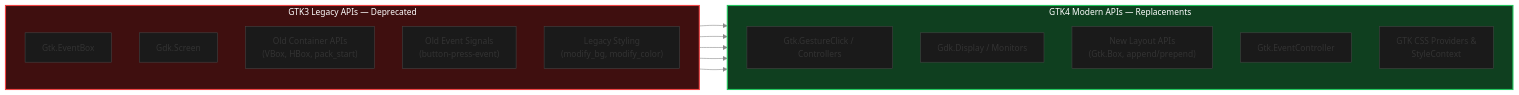
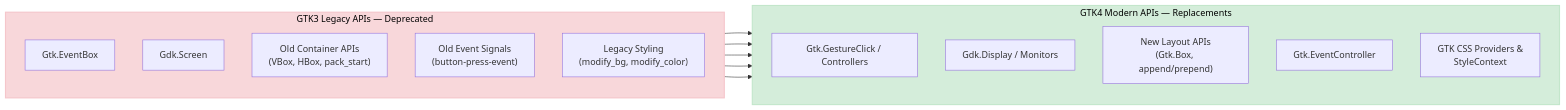
The third of 9 diagrams in proposal.md (Dev10-sys/sugar-proposal-gtk), drawn with Mermaid before and after one commit. The commit also changed other lines of this file, not shown here.

Commit message:
Convert diagrams to crisp light theme based on reference photos

````diff
--- a/proposal.md
+++ b/proposal.md
@@ -247,30 +245,29 @@
 ```mermaid
-%%{init: {'theme': 'base', 'themeVariables': {'background': '#0a0a0a', 'primaryColor': '#1a1a1a', 'primaryBorderColor': '#444444', 'lineColor': '#888888', 'textColor': '#ffffff', 'fontSize': '15px'}}}%%
 flowchart LR
     subgraph Legacy ["GTK3 Legacy APIs — Deprecated"]
         direction TB
         EventBox["Gtk.EventBox"]
         GdkScreen["Gdk.Screen"]
         ContainerAPI["Old Container APIs\n(VBox, HBox, pack_start)"]
         OldSignals["Old Event Signals\n(button-press-event)"]
         ModifyBG["Legacy Styling\n(modify_bg, modify_color)"]
     end
 
     subgraph Modern ["GTK4 Modern APIs — Replacements"]
         direction TB
         GestureController["Gtk.GestureClick / Controllers"]
         GdkDisplay["Gdk.Display / Monitors"]
         NewLayoutAPI["New Layout APIs\n(Gtk.Box, append/prepend)"]
         EventControllers["Gtk.EventController"]
         CSSStyling["GTK CSS Providers &\nStyleContext"]
     end
 
     EventBox --> GestureController
     GdkScreen --> GdkDisplay
     ContainerAPI --> NewLayoutAPI
     OldSignals --> EventControllers
     ModifyBG --> CSSStyling
 
-    style Legacy fill:#3f0f0f,stroke:#ef4444,stroke-width:2px,color:#ffffff
-    style Modern fill:#0f3f1f,stroke:#22c55e,stroke-width:2px,color:#ffffff
+    style Legacy fill:#f8d7da,stroke:#f5c6cb,stroke-width:2px,color:#000000
+    style Modern fill:#d4edda,stroke:#c3e6cb,stroke-width:2px,color:#000000
 ```
````
